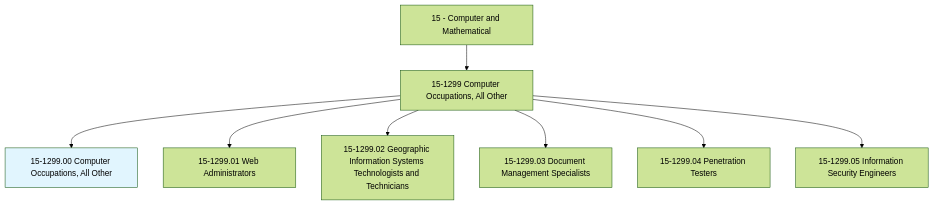
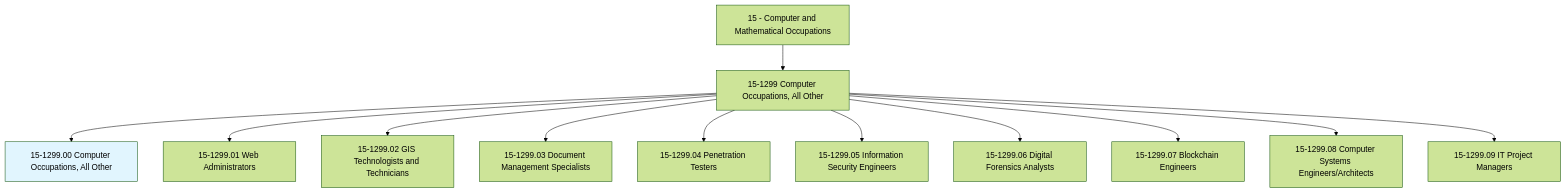
One commit to kziemski/business.org.ai changed the first of 4 diagrams in occupations/Technology/ComputerOccupations.mdx. Above: the diagram before and after it, drawn with Mermaid (forest theme). The commit also changed other lines of this file and 938 other files, not shown here.

````diff
--- a/occupations/Technology/ComputerOccupations.mdx
+++ b/occupations/Technology/ComputerOccupations.mdx
@@ -19,11 +23,15 @@
 ```mermaid
 graph TD
-    Cat15["15 - Computer and Mathematical"] --> Group151299["15-1299 Computer Occupations, All Other"]
+    Cat15["15 - Computer and Mathematical Occupations"] --> Group151299["15-1299 Computer Occupations, All Other"]
     Group151299 --> Current["15-1299.00 Computer Occupations, All Other"]
     style Current fill:#e1f5fe
-    Group151299 --> V15129901["15-1299.01 Web Administrators"]
-    Group151299 --> V15129902["15-1299.02 Geographic Information Systems Technologists and Technicians"]
-    Group151299 --> V15129903["15-1299.03 Document Management Specialists"]
-    Group151299 --> V15129904["15-1299.04 Penetration Testers"]
-    Group151299 --> V15129905["15-1299.05 Information Security Engineers"]
+    Group151299 --> V01["15-1299.01 Web Administrators"]
+    Group151299 --> V02["15-1299.02 GIS Technologists and Technicians"]
+    Group151299 --> V03["15-1299.03 Document Management Specialists"]
+    Group151299 --> V04["15-1299.04 Penetration Testers"]
+    Group151299 --> V05["15-1299.05 Information Security Engineers"]
+    Group151299 --> V06["15-1299.06 Digital Forensics Analysts"]
+    Group151299 --> V07["15-1299.07 Blockchain Engineers"]
+    Group151299 --> V08["15-1299.08 Computer Systems Engineers/Architects"]
+    Group151299 --> V09["15-1299.09 IT Project Managers"]
 ```
````
